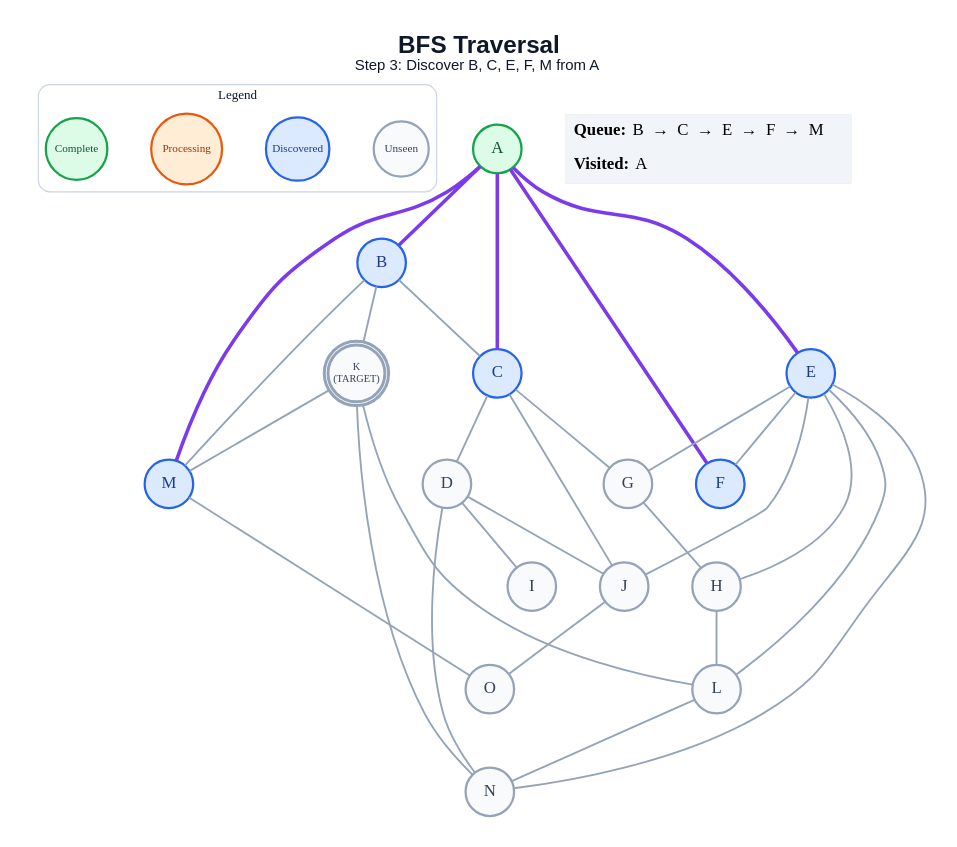
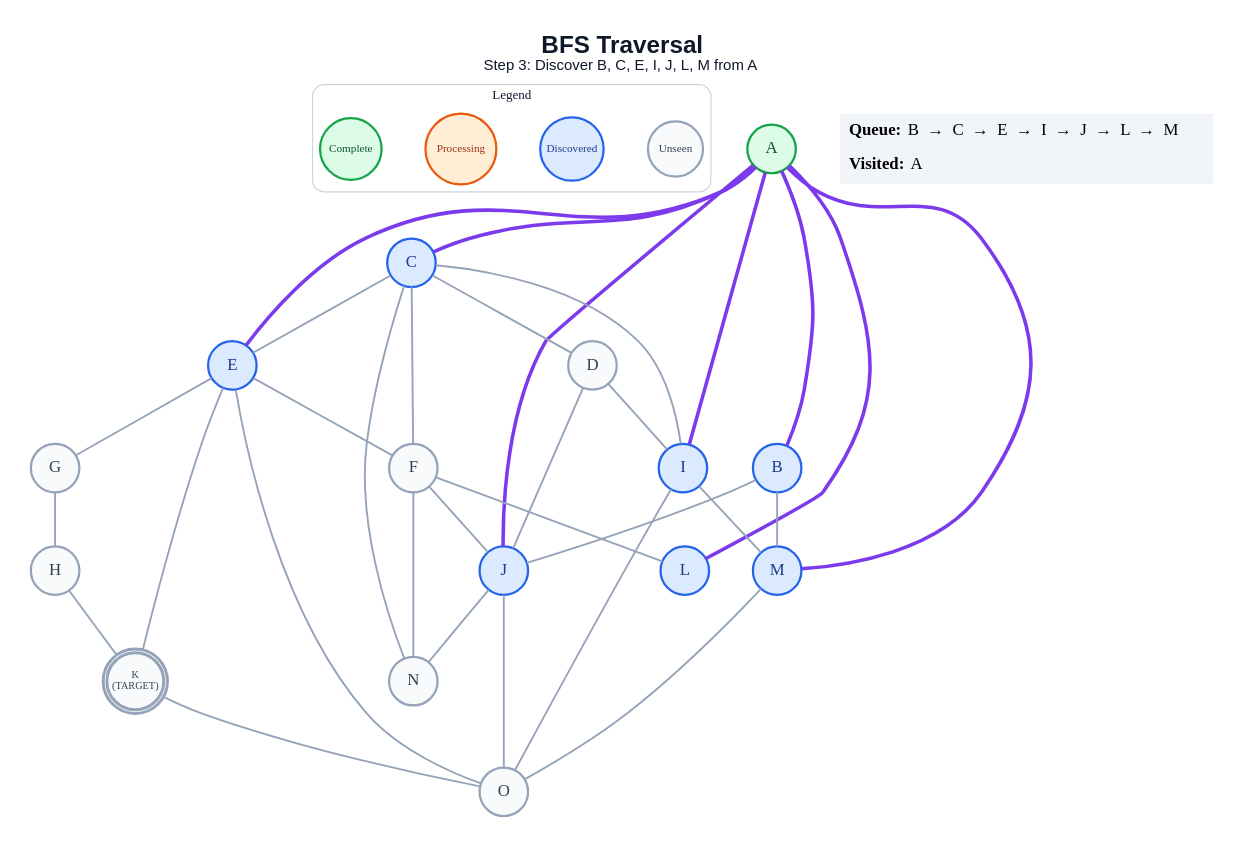
The diagram in generated/specific-node/bfs/step_03.dot (anon7238593-create/ai-slop), drawn with Graphviz before and after one commit. The commit also changed 264 other files, not shown here.

```diff
--- a/generated/specific-node/bfs/step_03.dot
+++ b/generated/specific-node/bfs/step_03.dot
@@ -1,62 +1,65 @@
 graph traversal {
   graph [layout=dot, rankdir=TB, bgcolor="#FFFFFF", pad="0.35", nodesep="0.65", ranksep="0.8", fontname="Arial"];
   node [shape=circle, style="filled", fontname="Arial Bold", fontsize=18, width=0.72, fixedsize=true, penwidth=2.4];
   edge [color="#94A3B8", penwidth=2.0];
-  label=<<B>BFS Traversal</B><BR/><FONT POINT-SIZE="16">Step 3: Discover B, C, E, F, M from A</FONT>>; labelloc="t"; fontsize=26; fontname="Arial"; fontcolor="#0F172A";
+  label=<<B>BFS Traversal</B><BR/><FONT POINT-SIZE="16">Step 3: Discover B, C, E, I, J, L, M from A</FONT>>; labelloc="t"; fontsize=26; fontname="Arial"; fontcolor="#0F172A";
   subgraph cluster_legend { label="Legend"; color="#CBD5E1"; penwidth=1.2; style="rounded"; fontsize=14; fontname="Arial Bold";
     key_unseen [label="Unseen", fillcolor="#F8FAFC", color="#94A3B8", fontcolor="#334155", fontsize=12, width=0.82];
     key_frontier [label="Discovered", fillcolor="#DBEAFE", color="#2563EB", fontcolor="#1E3A8A", fontsize=12, width=0.95];
     key_current [label="Processing", fillcolor="#FFEDD5", color="#EA580C", fontcolor="#9A3412", fontsize=12, width=1.05];
     key_done [label="Complete", fillcolor="#DCFCE7", color="#16A34A", fontcolor="#14532D", fontsize=12, width=0.92];
     { rank=same; key_unseen; key_frontier; key_current; key_done; }
   }
   A [label="A", fillcolor="#DCFCE7", color="#16A34A", fontcolor="#14532D", peripheries=1, penwidth=2.4];
   B [label="B", fillcolor="#DBEAFE", color="#2563EB", fontcolor="#1E3A8A", peripheries=1, penwidth=2.4];
   C [label="C", fillcolor="#DBEAFE", color="#2563EB", fontcolor="#1E3A8A", peripheries=1, penwidth=2.4];
   D [label="D", fillcolor="#F8FAFC", color="#94A3B8", fontcolor="#334155", peripheries=1, penwidth=2.4];
   E [label="E", fillcolor="#DBEAFE", color="#2563EB", fontcolor="#1E3A8A", peripheries=1, penwidth=2.4];
-  F [label="F", fillcolor="#DBEAFE", color="#2563EB", fontcolor="#1E3A8A", peripheries=1, penwidth=2.4];
+  F [label="F", fillcolor="#F8FAFC", color="#94A3B8", fontcolor="#334155", peripheries=1, penwidth=2.4];
   G [label="G", fillcolor="#F8FAFC", color="#94A3B8", fontcolor="#334155", peripheries=1, penwidth=2.4];
   H [label="H", fillcolor="#F8FAFC", color="#94A3B8", fontcolor="#334155", peripheries=1, penwidth=2.4];
-  I [label="I", fillcolor="#F8FAFC", color="#94A3B8", fontcolor="#334155", peripheries=1, penwidth=2.4];
-  J [label="J", fillcolor="#F8FAFC", color="#94A3B8", fontcolor="#334155", peripheries=1, penwidth=2.4];
+  I [label="I", fillcolor="#DBEAFE", color="#2563EB", fontcolor="#1E3A8A", peripheries=1, penwidth=2.4];
+  J [label="J", fillcolor="#DBEAFE", color="#2563EB", fontcolor="#1E3A8A", peripheries=1, penwidth=2.4];
   K [label="K\n(TARGET)", fillcolor="#F8FAFC", color="#94A3B8", fontcolor="#334155", peripheries=2, penwidth=3.2, fontsize=11, width=0.85, height=0.85];
-  L [label="L", fillcolor="#F8FAFC", color="#94A3B8", fontcolor="#334155", peripheries=1, penwidth=2.4];
+  L [label="L", fillcolor="#DBEAFE", color="#2563EB", fontcolor="#1E3A8A", peripheries=1, penwidth=2.4];
   M [label="M", fillcolor="#DBEAFE", color="#2563EB", fontcolor="#1E3A8A", peripheries=1, penwidth=2.4];
   N [label="N", fillcolor="#F8FAFC", color="#94A3B8", fontcolor="#334155", peripheries=1, penwidth=2.4];
   O [label="O", fillcolor="#F8FAFC", color="#94A3B8", fontcolor="#334155", peripheries=1, penwidth=2.4];
   A -- B [color="#7C3AED", penwidth=3.8];
   A -- C [color="#7C3AED", penwidth=3.8];
   A -- E [color="#7C3AED", penwidth=3.8];
-  A -- F [color="#7C3AED", penwidth=3.8];
+  A -- I [color="#7C3AED", penwidth=3.8];
+  A -- J [color="#7C3AED", penwidth=3.8];
+  A -- L [color="#7C3AED", penwidth=3.8];
   A -- M [color="#7C3AED", penwidth=3.8];
-  B -- C;
-  B -- K;
+  B -- J;
   B -- M;
   C -- D;
-  C -- G;
-  C -- J;
+  C -- E;
+  C -- F;
+  C -- I;
+  C -- N;
   D -- I;
   D -- J;
-  D -- N;
   E -- F;
   E -- G;
-  E -- H;
-  E -- J;
-  E -- L;
-  E -- N;
+  E -- K;
+  E -- O;
+  F -- J;
+  F -- L;
+  F -- N;
   G -- H;
-  H -- L;
+  H -- K;
+  I -- M;
+  I -- O;
+  J -- N;
   J -- O;
-  K -- L;
-  K -- M;
-  K -- N;
-  L -- N;
+  K -- O;
   M -- O;
   status [shape=plain, fixedsize=false, width=0, height=0, margin=0, label=<
     <TABLE BORDER="0" CELLBORDER="0" CELLPADDING="7" BGCOLOR="#F1F5F9">
-      <TR><TD ALIGN="LEFT"><B>Queue:</B> B  →  C  →  E  →  F  →  M</TD></TR>
+      <TR><TD ALIGN="LEFT"><B>Queue:</B> B  →  C  →  E  →  I  →  J  →  L  →  M</TD></TR>
       <TR><TD ALIGN="LEFT"><B>Visited:</B> A</TD></TR>
     </TABLE>
   >];
 }
```
